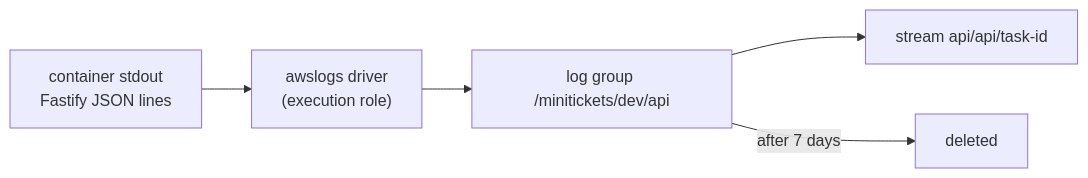
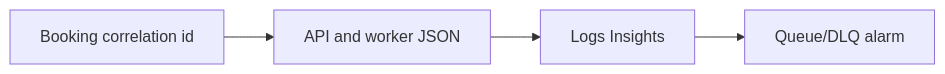
One commit to maheshnd/minitickets changed the diagram in docs/handbook/concepts/cloudwatch-logs.md. Above: the diagram before and after it, drawn with Mermaid. The commit also changed other lines of this file and 182 other files, not shown here.

````diff
--- a/docs/handbook/concepts/cloudwatch-logs.md
+++ b/docs/handbook/concepts/cloudwatch-logs.md
@@ -18,7 +17,7 @@
 ```mermaid
 flowchart LR
-    c["container stdout<br/>Fastify JSON lines"] --> d["awslogs driver<br/>(execution role)"]
-    d --> g["log group /minitickets/dev/api"]
-    g --> s["stream api/api/task-id"]
-    g -->|"after 7 days"| gone["deleted"]
+    n0["Booking correlation id"] --> n1
+    n1["API and worker JSON"] --> n2
+    n2["Logs Insights"] --> n3
+    n3["Queue/DLQ alarm"]
 ```
````
